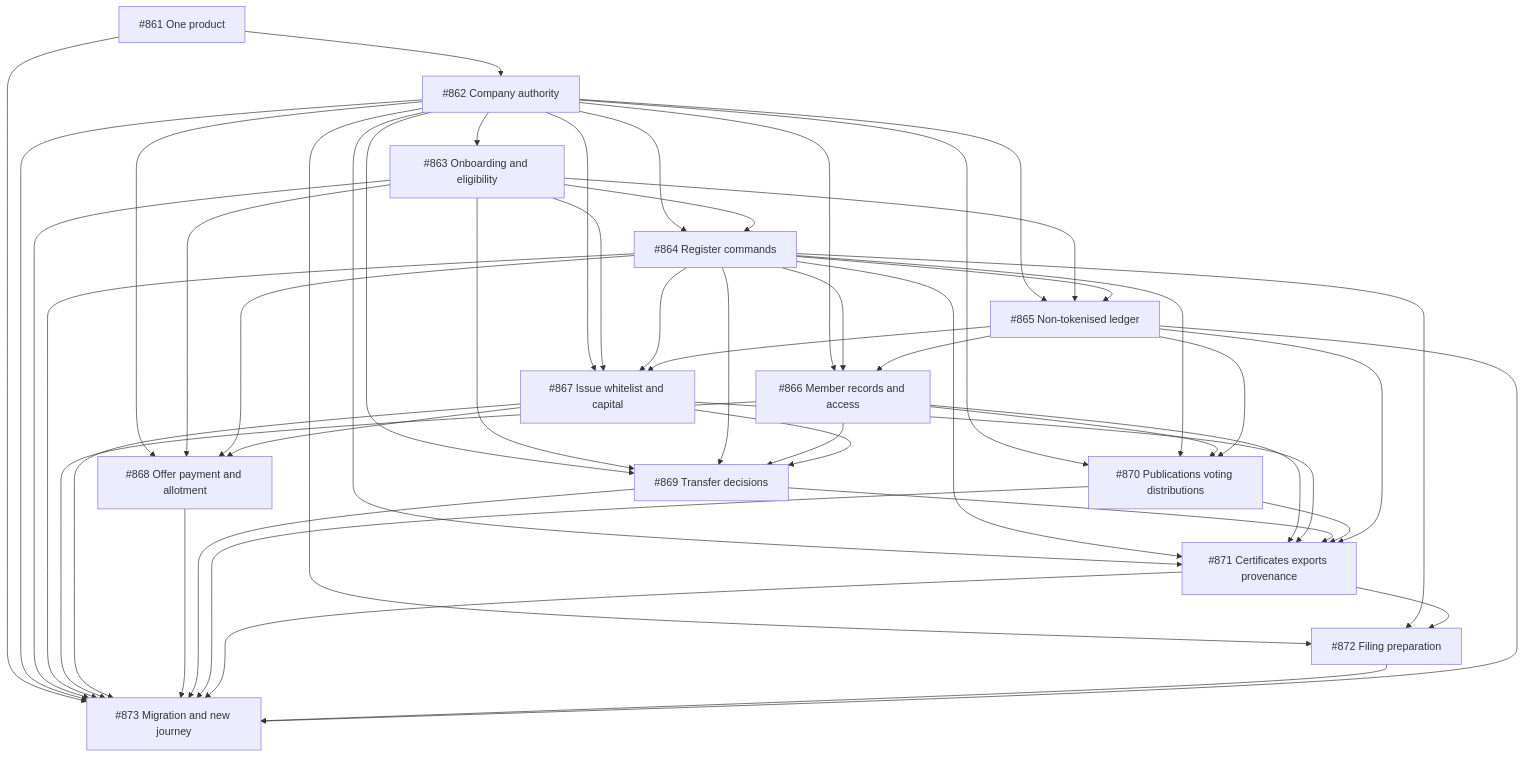
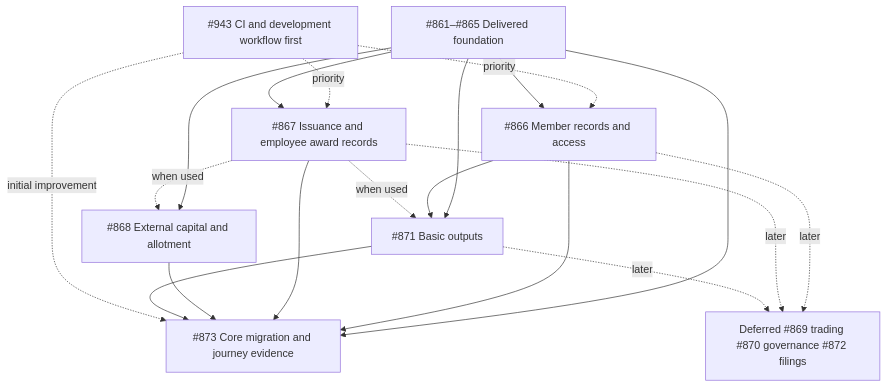
The diagram in docs/plans/company-managed-registers/README.md (Ledova/ledova), drawn with Mermaid before and after one commit. The commit also changed other lines of this file and 13 other files, not shown here.

````diff
--- a/docs/plans/company-managed-registers/README.md
+++ b/docs/plans/company-managed-registers/README.md
@@ -138,65 +141,29 @@
 ```mermaid
 flowchart TB
-    modes["#861 One product"]
-    authority["#862 Company authority"]
-    onboarding["#863 Onboarding and eligibility"]
-    register["#864 Register commands"]
-    nonchain["#865 Non-tokenised ledger"]
+    workflow["#943 CI and development workflow first"]
+    foundation["#861–#865 Delivered foundation"]
     participants["#866 Member records and access"]
-    issuance["#867 Issue whitelist and capital"]
-    primary["#868 Offer payment and allotment"]
-    transfers["#869 Transfer decisions"]
-    governance["#870 Publications voting distributions"]
-    outputs["#871 Certificates exports provenance"]
-    filings["#872 Filing preparation"]
-    acceptance["#873 Migration and new journey"]
-    modes --> authority
-    authority --> onboarding
-    authority --> register
-    onboarding --> register
-    authority --> nonchain
-    onboarding --> nonchain
-    register --> nonchain
-    authority --> participants
-    register --> participants
-    nonchain --> participants
-    authority --> issuance
-    onboarding --> issuance
-    register --> issuance
-    nonchain --> issuance
-    authority --> primary
-    onboarding --> primary
-    register --> primary
-    issuance --> primary
-    authority --> transfers
-    onboarding --> transfers
-    register --> transfers
-    participants --> transfers
-    issuance --> transfers
-    authority --> governance
-    register --> governance
-    participants --> governance
-    nonchain --> governance
-    authority --> outputs
-    register --> outputs
+    issuance["#867 Issuance and employee award records"]
+    primary["#868 External capital and allotment"]
+    outputs["#871 Basic outputs"]
+    acceptance["#873 Core migration and journey evidence"]
+    later["Deferred #869 trading #870 governance #872 filings"]
+    workflow -. priority .-> participants
+    workflow -. priority .-> issuance
+    foundation --> participants
+    foundation --> issuance
+    foundation --> primary
+    issuance -. when used .-> primary
+    foundation --> outputs
     participants --> outputs
-    issuance --> outputs
-    transfers --> outputs
-    governance --> outputs
-    nonchain --> outputs
-    authority --> filings
-    register --> filings
-    outputs --> filings
-    modes --> acceptance
-    authority --> acceptance
-    onboarding --> acceptance
-    register --> acceptance
+    issuance -. when used .-> outputs
+    foundation --> acceptance
     participants --> acceptance
     issuance --> acceptance
     primary --> acceptance
-    transfers --> acceptance
-    governance --> acceptance
     outputs --> acceptance
-    filings --> acceptance
-    nonchain --> acceptance
+    workflow -. initial improvement .-> acceptance
+    participants -. later .-> later
+    issuance -. later .-> later
+    outputs -. later .-> later
 ```
````
